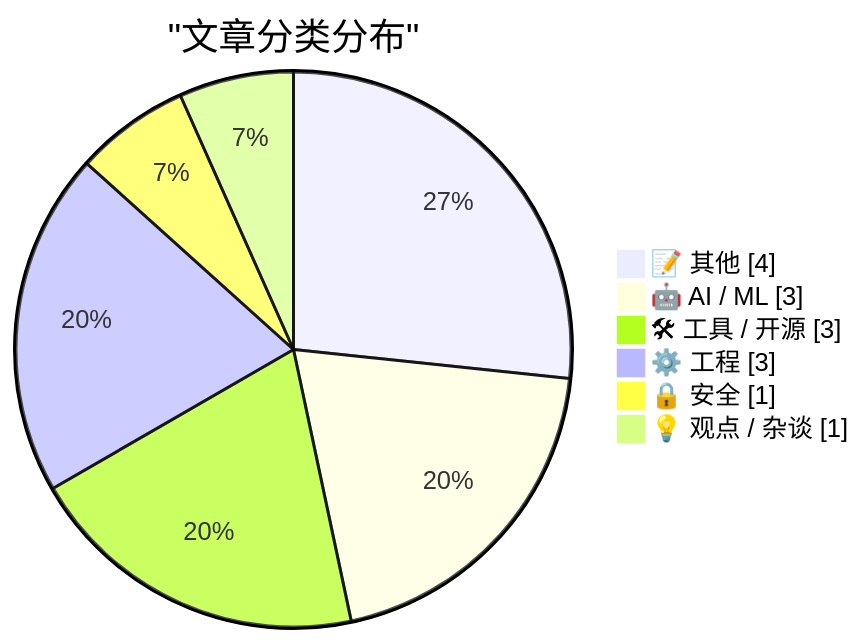
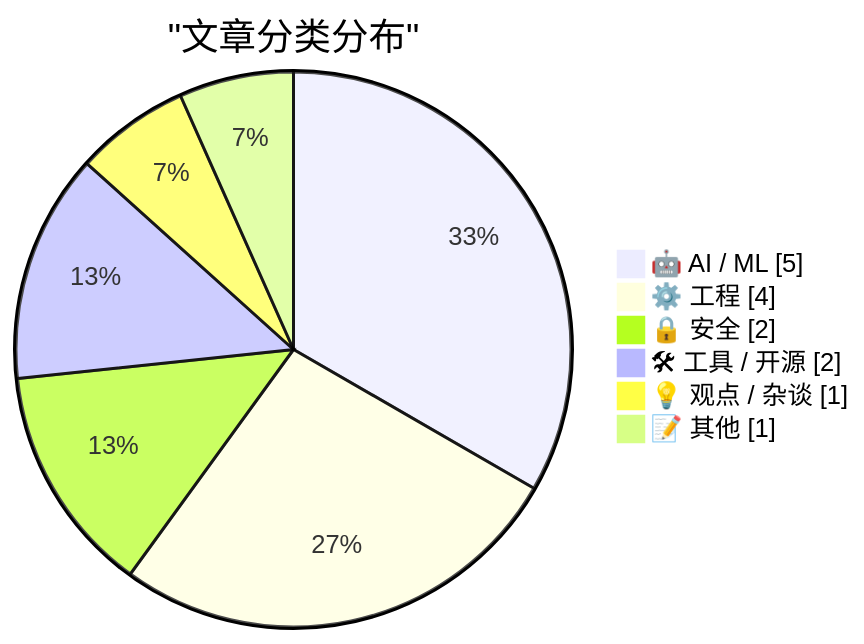
The first of 2 diagrams in docs/digest-20260815.md (AlexJJ009/ai-daily-digest-v2), drawn with Mermaid before and after one commit. The commit also changed other lines of this file and 2 other files, not shown here.

````diff
--- a/docs/digest-20260815.md
+++ b/docs/digest-20260815.md
@@ -53,10 +53,10 @@
 ```mermaid
 pie showData
     title "文章分类分布"
-    "📝 其他" : 4
-    "🤖 AI / ML" : 3
-    "🛠 工具 / 开源" : 3
-    "⚙️ 工程" : 3
-    "🔒 安全" : 1
+    "🤖 AI / ML" : 5
+    "⚙️ 工程" : 4
+    "🔒 安全" : 2
+    "🛠 工具 / 开源" : 2
     "💡 观点 / 杂谈" : 1
+    "📝 其他" : 1
 ```
````
